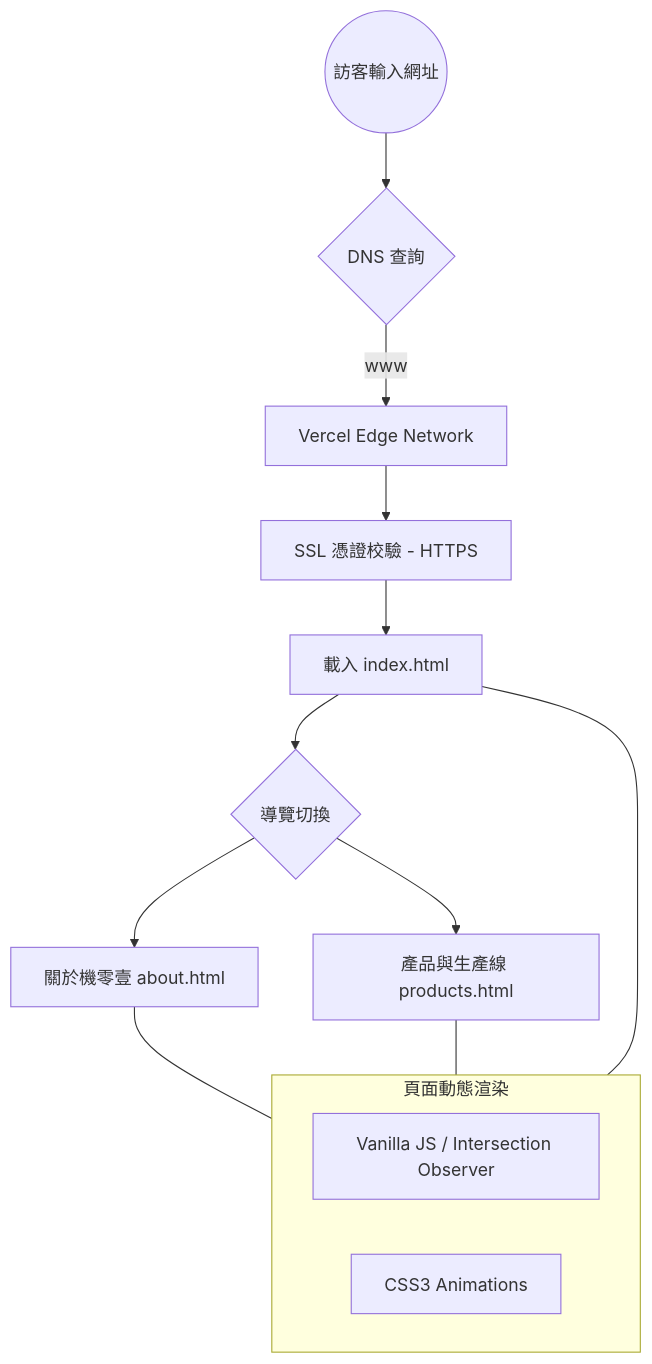
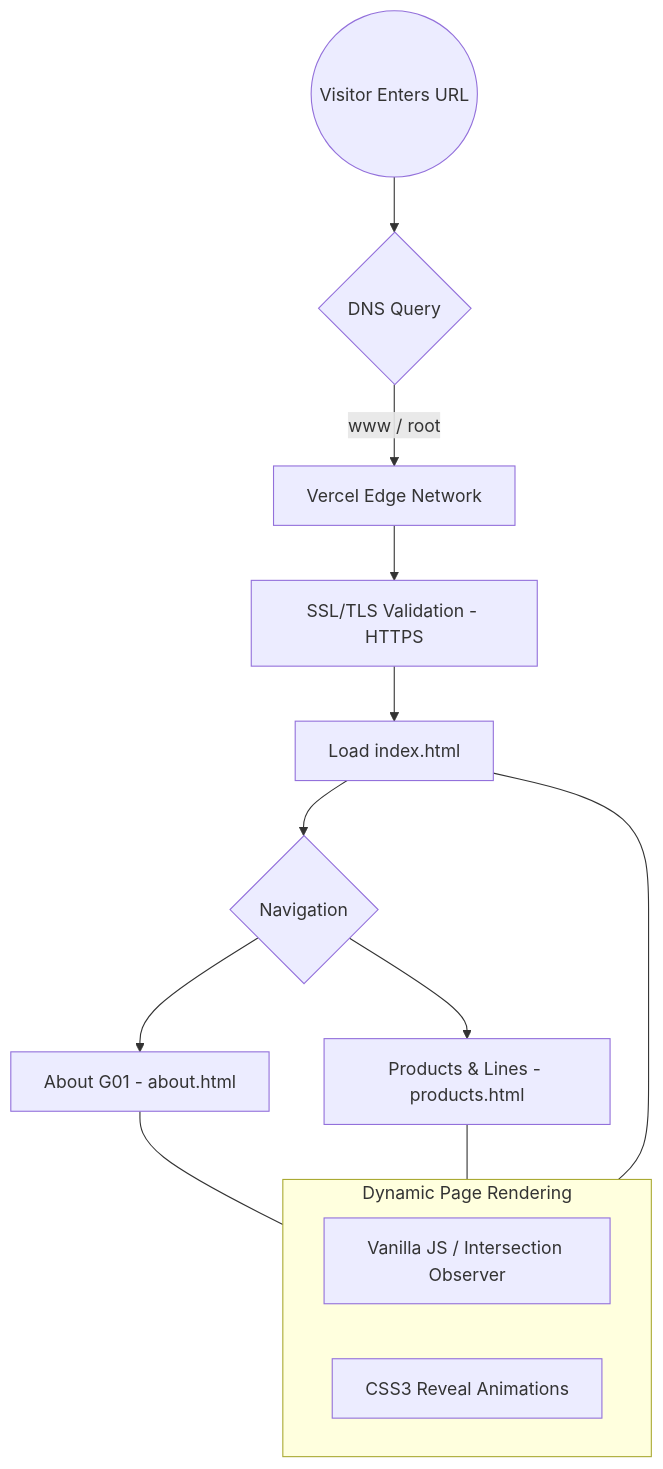
Before and after one commit to pppppppphoebe/g01_website: the second of 2 diagrams in diagram.md, drawn with Mermaid. The commit also changed other lines of this file, not shown here.

Commit message:
Update english diagram.md

````diff
--- a/diagram.md
+++ b/diagram.md
@@ -63,20 +63,20 @@
 ```mermaid
 flowchart TD
-    Start((訪客輸入網址)) --> DNS{DNS 查詢}
-    DNS -->|www| Vercel[Vercel Edge Network]
-    Vercel --> SSL[SSL 憑證校驗 - HTTPS]
-    SSL --> Index[載入 index.html]
+    Start((Visitor Enters URL)) --> DNS{DNS Query}
+    DNS -->|www / root| Vercel[Vercel Edge Network]
+    Vercel --> SSL[SSL/TLS Validation - HTTPS]
+    SSL --> Index[Load index.html]
     
-    Index --> Nav{導覽切換}
-    Nav --> About[關於機零壹 about.html]
-    Nav --> Products[產品與生產線 products.html]
+    Index --> Nav{Navigation}
+    Nav --> About[About G01 - about.html]
+    Nav --> Products[Products & Lines - products.html]
     
-    subgraph Page_Effects [頁面動態渲染]
+    subgraph Dynamic_Rendering [Dynamic Page Rendering]
         JS[Vanilla JS / Intersection Observer]
-        CSS[CSS3 Animations]
+        CSS[CSS3 Reveal Animations]
     end
     
-    About --- Page_Effects
-    Products --- Page_Effects
-    Index --- Page_Effects
+    About --- Dynamic_Rendering
+    Products --- Dynamic_Rendering
+    Index --- Dynamic_Rendering
 ```
````
